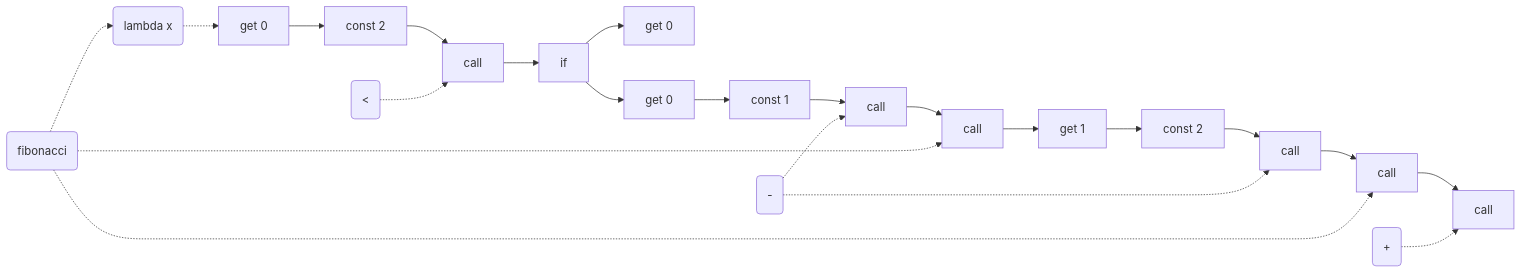
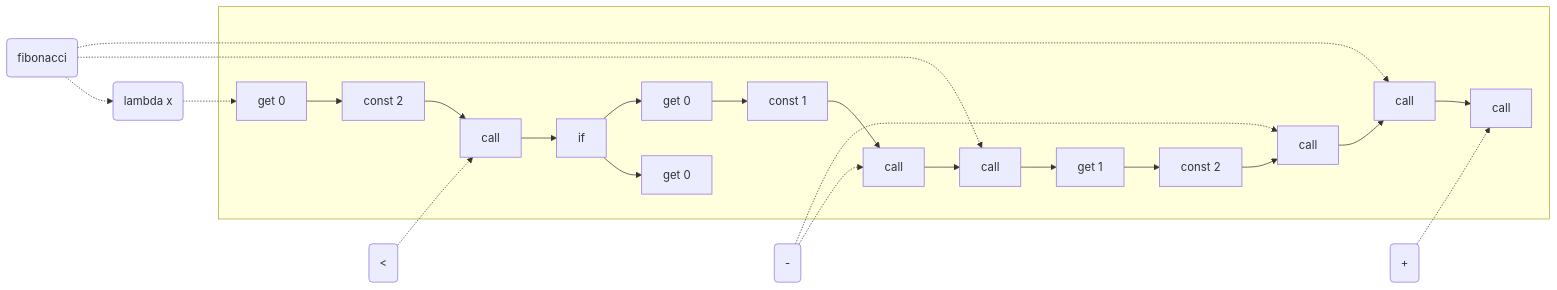
The diagram in slides/papers/stak-scheme/fibonacci.mmd (raviqqe/doc), drawn with Mermaid before and after one commit. The commit also changed 2 other files, not shown here.

```diff
--- a/slides/papers/stak-scheme/fibonacci.mmd
+++ b/slides/papers/stak-scheme/fibonacci.mmd
@@ -1,13 +1,16 @@
 flowchart LR
   d0(fibonacci) -.-> d1
   d0 -.-> c9
   d0 -.-> c13
   d1(lambda x) -.-> c0
   d2(<) -.-> c2
   d3("-") -.-> c8
   d3 -.-> c12
   d4(+) -.-> c14
-  c0[get 0] --> c1[const 2] --> c2[call] --> c4
-  c4[if] -->  c5[get 0]
-  c4 -->  c6[get 0] --> c7[const 1] --> c8[call] --> c9[call] --> c10
-  c10[get 1] --> c11[const 2] --> c12[call] --> c13[call] --> c14[call]
+
+  subgraph s[ ]
+    c0[get 0] --> c1[const 2] --> c2[call] --> c4
+    c4[if] -->  c5[get 0]
+    c4 -->  c6[get 0] --> c7[const 1] --> c8[call] --> c9[call] --> c10
+    c10[get 1] --> c11[const 2] --> c12[call] --> c13[call] --> c14[call]
+  end
```
